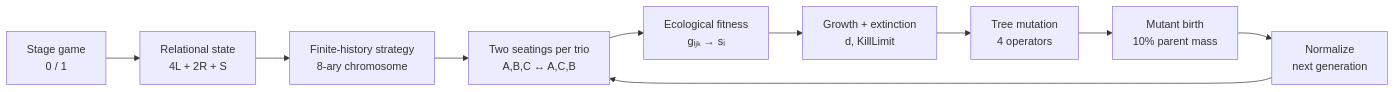
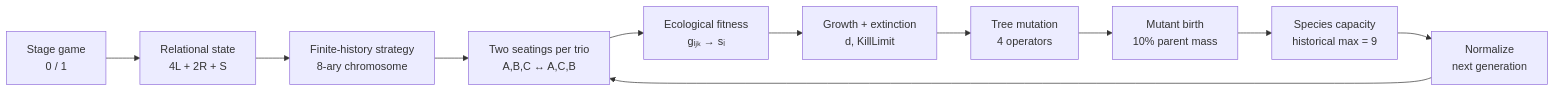
One commit to ReloadLightly/three-person-coalition-game changed the diagram in README.md. Above: the diagram before and after it, drawn with Mermaid. The commit also changed other lines of this file, not shown here.

Commit message:
Update README for M3d capacity sensitivity

````diff
--- a/README.md
+++ b/README.md
@@ -70,12 +72,13 @@
 ```mermaid
 flowchart LR
     A["Stage game<br/>0 / 1"] --> B["Relational state<br/>4L + 2R + S"]
     B --> C["Finite-history strategy<br/>8-ary chromosome"]
     C --> D["Two seatings per trio<br/>A,B,C ↔ A,C,B"]
     D --> E["Ecological fitness<br/>gᵢⱼₖ → sᵢ"]
     E --> F["Growth + extinction<br/>d, KillLimit"]
     F --> G["Tree mutation<br/>4 operators"]
     G --> H["Mutant birth<br/>10% parent mass"]
-    H --> I["Normalize<br/>next generation"]
-    I --> D
+    H --> I["Species capacity<br/>historical max = 9"]
+    I --> J["Normalize<br/>next generation"]
+    J --> D
 ```
````
